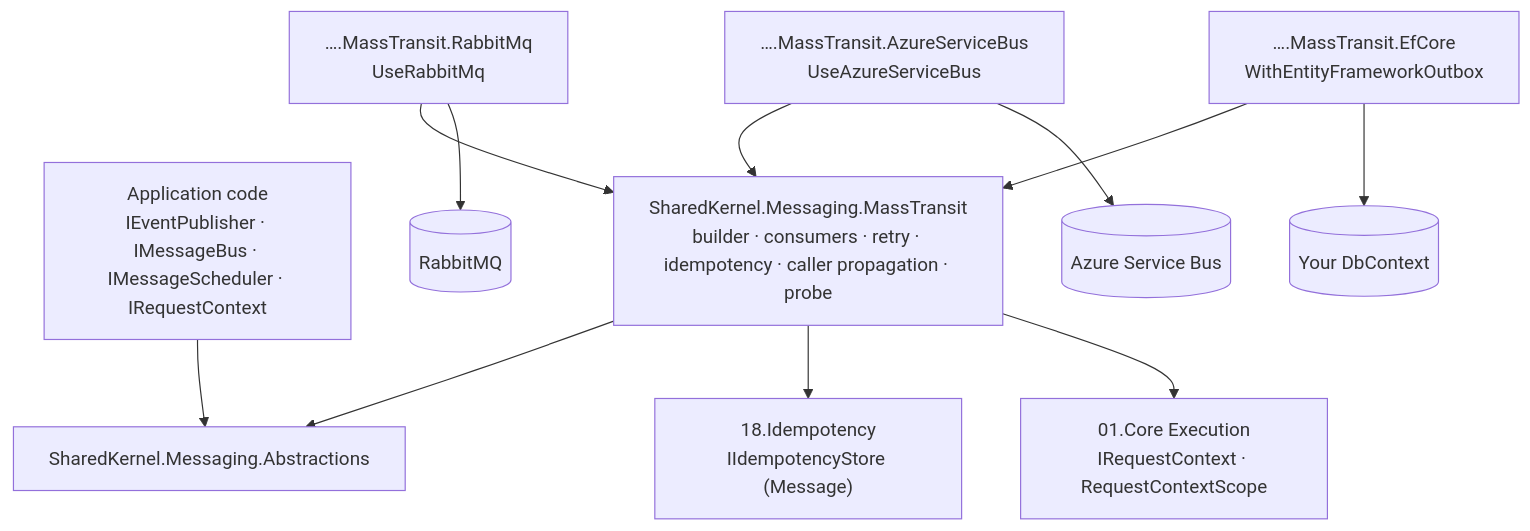
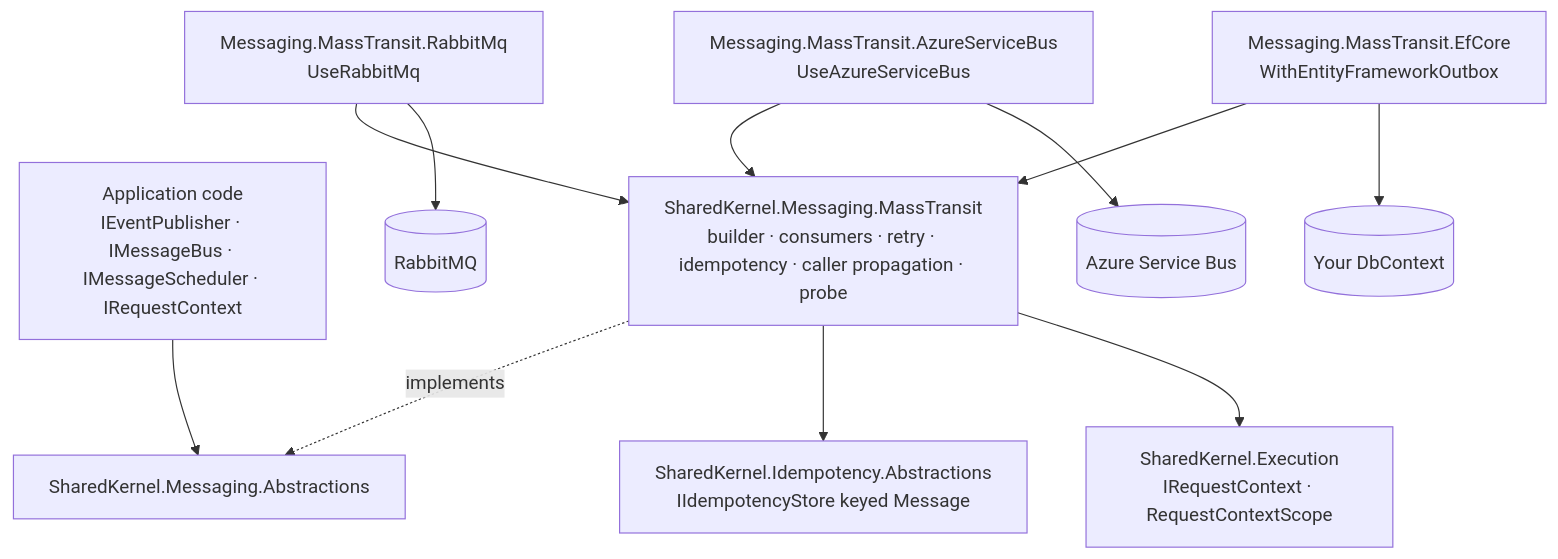
The diagram in src/Infrastructure/Messaging/README.md (Gresta-Vertex-Labs/platform-shared-kernel), drawn with Mermaid before and after one commit. The commit also changed other lines of this file and 228 other files, not shown here.

````diff
--- a/src/Infrastructure/Messaging/README.md
+++ b/src/Infrastructure/Messaging/README.md
@@ -52,21 +58,21 @@
 ```mermaid
 flowchart TB
     App["Application code<br/>IEventPublisher · IMessageBus · IMessageScheduler · IRequestContext"]
     Abs["SharedKernel.Messaging.Abstractions"]
     Core["SharedKernel.Messaging.MassTransit<br/>builder · consumers · retry · idempotency · caller propagation · probe"]
-    Rmq["….MassTransit.RabbitMq<br/>UseRabbitMq"]
-    Asb["….MassTransit.AzureServiceBus<br/>UseAzureServiceBus"]
-    Ef["….MassTransit.EfCore<br/>WithEntityFrameworkOutbox"]
-    Idem["18.Idempotency<br/>IIdempotencyStore (Message)"]
-    Exec["01.Core Execution<br/>IRequestContext · RequestContextScope"]
+    Rmq["Messaging.MassTransit.RabbitMq<br/>UseRabbitMq"]
+    Asb["Messaging.MassTransit.AzureServiceBus<br/>UseAzureServiceBus"]
+    Ef["Messaging.MassTransit.EfCore<br/>WithEntityFrameworkOutbox"]
+    Idem["SharedKernel.Idempotency.Abstractions<br/>IIdempotencyStore keyed Message"]
+    Exec["SharedKernel.Execution<br/>IRequestContext · RequestContextScope"]
     App --> Abs
-    Core --> Abs
+    Core -. implements .-> Abs
     Core --> Idem
     Core --> Exec
     Rmq --> Core
     Asb --> Core
     Ef --> Core
-    Rmq --> R[(RabbitMQ)]
-    Asb --> S[(Azure Service Bus)]
-    Ef --> D[(Your DbContext)]
+    Rmq --> R[("RabbitMQ")]
+    Asb --> S[("Azure Service Bus")]
+    Ef --> D[("Your DbContext")]
 ```
````
